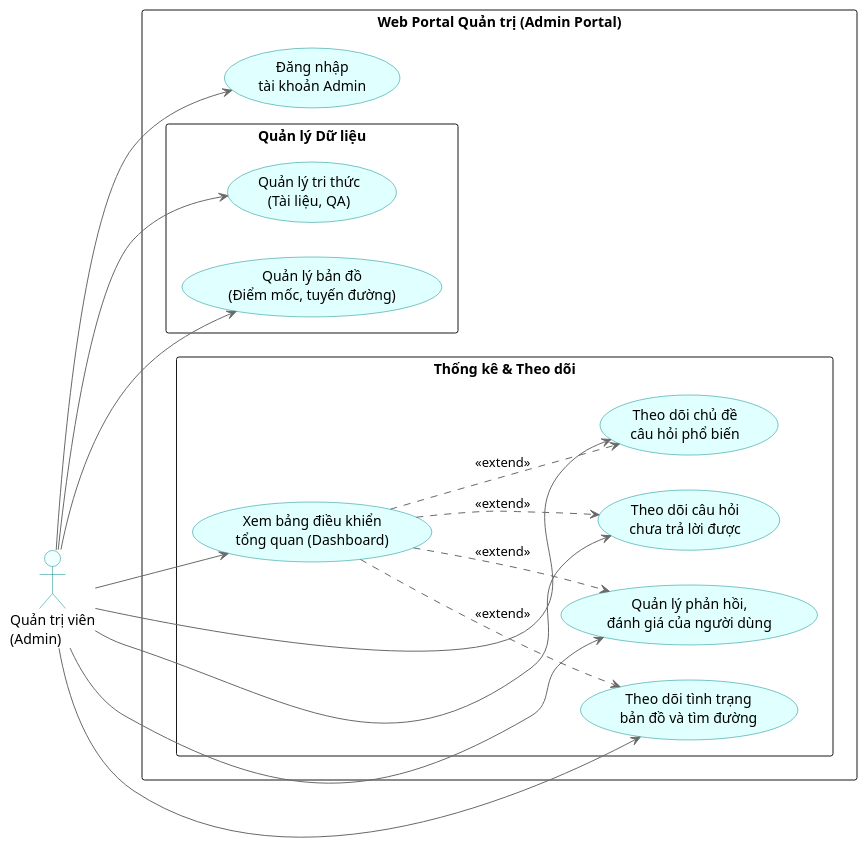
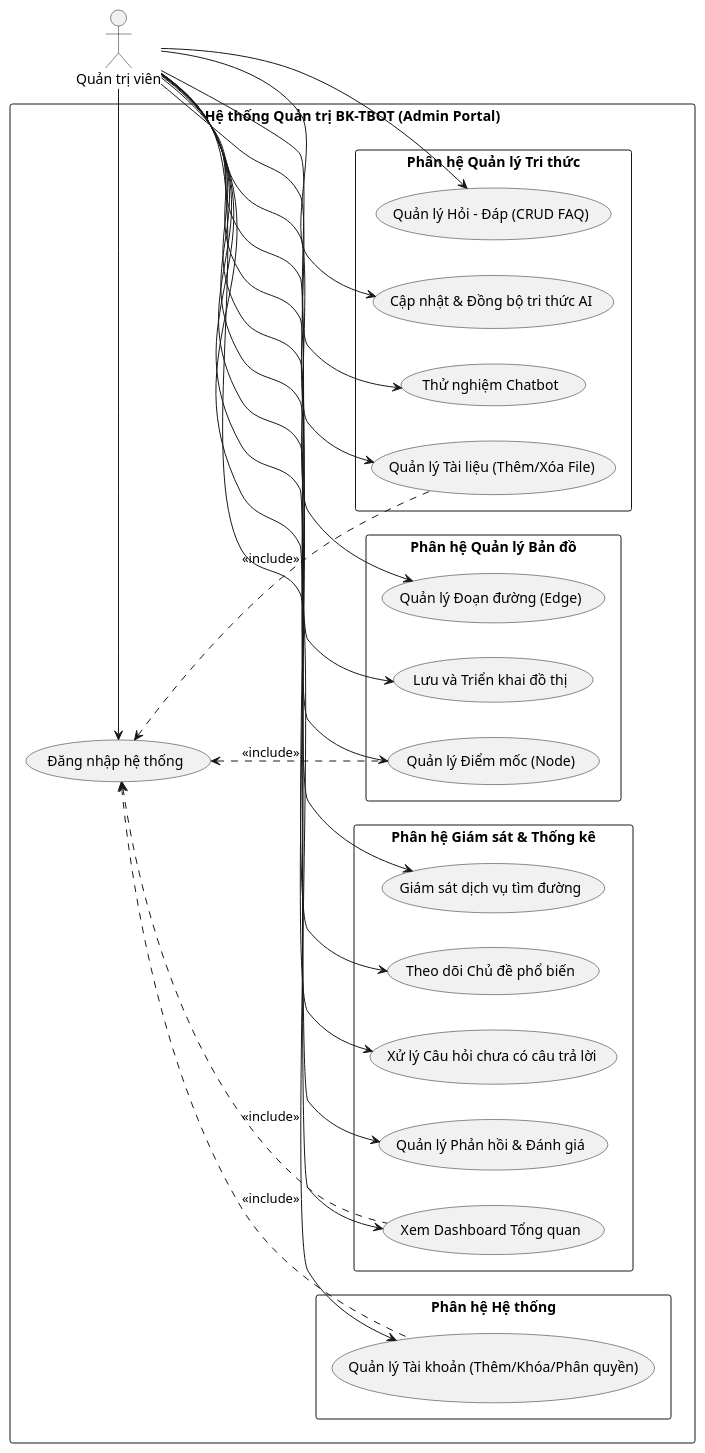
One commit to kienntheprfs/DATN changed the diagram in docs/usecase/admin_usecase.puml. Above: the diagram before and after it, drawn with PlantUML. The commit also changed 67 other files, not shown here.

```diff
--- a/docs/usecase/admin_usecase.puml
+++ b/docs/usecase/admin_usecase.puml
@@ -1,57 +1,65 @@
 @startuml
 left to right direction
+skinparam monochrome true
+skinparam shadowing false
 skinparam packageStyle rectangle
-skinparam usecase {
-  BackgroundColor LightCyan
-  BorderColor DarkCyan
-  ArrowColor DimGray
-}
-skinparam actor {
-  BackgroundColor Azure
-  BorderColor DarkCyan
+
+actor "Quản trị viên" as Admin
+
+rectangle "Hệ thống Quản trị BK-TBOT (Admin Portal)" {
+    
+    usecase "Đăng nhập hệ thống" as UC_Login
+
+    package "Phân hệ Quản lý Tri thức" {
+        usecase "Quản lý Tài liệu (Thêm/Xóa File)" as UC_Doc
+        usecase "Quản lý Hỏi - Đáp (CRUD FAQ)" as UC_FAQ
+        usecase "Cập nhật & Đồng bộ tri thức AI" as UC_Sync
+        usecase "Thử nghiệm Chatbot" as UC_Test
+    }
+
+    package "Phân hệ Quản lý Bản đồ" {
+        usecase "Quản lý Điểm mốc (Node)" as UC_Node
+        usecase "Quản lý Đoạn đường (Edge)" as UC_Edge
+        usecase "Lưu và Triển khai đồ thị" as UC_DeployMap
+    }
+
+    package "Phân hệ Giám sát & Thống kê" {
+        usecase "Xem Dashboard Tổng quan" as UC_Dash
+        usecase "Theo dõi Chủ đề phổ biến" as UC_Topics
+        usecase "Xử lý Câu hỏi chưa có câu trả lời" as UC_Unanswered
+        usecase "Quản lý Phản hồi & Đánh giá" as UC_Feedback
+        usecase "Giám sát dịch vụ tìm đường" as UC_MapErr
+    }
+
+    package "Phân hệ Hệ thống" {
+        usecase "Quản lý Tài khoản (Thêm/Khóa/Phân quyền)" as UC_Account
+    }
+    
+    ' Định nghĩa quan hệ Include (Bắt buộc phải đăng nhập)
+    UC_Doc .u.> UC_Login : <<include>>
+    UC_Node .u.> UC_Login : <<include>>
+    UC_Dash .u.> UC_Login : <<include>>
+    UC_Account .u.> UC_Login : <<include>>
 }
 
-actor "Quản trị viên\n(Admin)" as Admin
+' Kết nối Actor với các Use Case
+Admin --> UC_Login
 
-rectangle "Web Portal Quản trị (Admin Portal)" {
-  
-  ' --- Nhóm Xác thực ---
-  usecase "Đăng nhập\ntài khoản Admin" as UC_AdminLogin
-  
-  ' --- Nhóm Quản lý Dữ liệu ---
-  package "Quản lý Dữ liệu" {
-    usecase "Quản lý tri thức\n(Tài liệu, QA)" as UC_ManageKnowledge
-    usecase "Quản lý bản đồ\n(Điểm mốc, tuyến đường)" as UC_ManageMap
-  }
-  
-  ' --- Nhóm Thống kê & Theo dõi ---
-  package "Thống kê & Theo dõi" {
-    usecase "Xem bảng điều khiển\ntổng quan (Dashboard)" as UC_Dashboard
-    usecase "Theo dõi chủ đề\ncâu hỏi phổ biến" as UC_TrackTopics
-    usecase "Theo dõi câu hỏi\nchưa trả lời được" as UC_TrackUnanswered
-    usecase "Quản lý phản hồi,\nđánh giá của người dùng" as UC_TrackFeedback
-    usecase "Theo dõi tình trạng\nbản đồ và tìm đường" as UC_TrackMapStatus
-  }
-}
+Admin --> UC_Doc
+Admin --> UC_FAQ
+Admin --> UC_Sync
+Admin --> UC_Test
 
-' --- Quan hệ giữa Admin và các Use Case ---
+Admin --> UC_Node
+Admin --> UC_Edge
+Admin --> UC_DeployMap
 
-Admin --> UC_AdminLogin
+Admin --> UC_Dash
+Admin --> UC_Topics
+Admin --> UC_Unanswered
+Admin --> UC_Feedback
+Admin --> UC_MapErr
 
-Admin --> UC_ManageKnowledge
-Admin --> UC_ManageMap
-
-Admin --> UC_Dashboard
-Admin --> UC_TrackTopics
-Admin --> UC_TrackUnanswered
-Admin --> UC_TrackFeedback
-Admin --> UC_TrackMapStatus
-
-' --- (Tùy chọn) Thể hiện luồng chuyển hướng ---
-' Admin có thể từ Dashboard đi đến các màn hình chi tiết
-UC_Dashboard ..> UC_TrackTopics : <<extend>>
-UC_Dashboard ..> UC_TrackUnanswered : <<extend>>
-UC_Dashboard ..> UC_TrackFeedback : <<extend>>
-UC_Dashboard ..> UC_TrackMapStatus : <<extend>>
+Admin --> UC_Account
 
 @enduml
```
